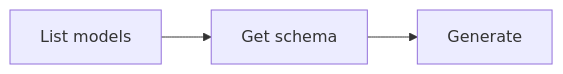
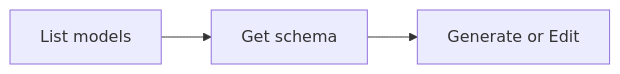
The diagram in skills/anycap-cli/references/generation.md (anycap-ai/anycap), drawn with Mermaid before and after one commit. The commit also changed other lines of this file and 45 other files, not shown here.

````diff
--- a/skills/anycap-cli/references/generation.md
+++ b/skills/anycap-cli/references/generation.md
@@ -7,5 +14,5 @@
 ```mermaid
 graph LR
     A[List models] --> B[Get schema]
-    B --> C[Generate]
+    B --> C[Generate or Edit]
 ```
````
